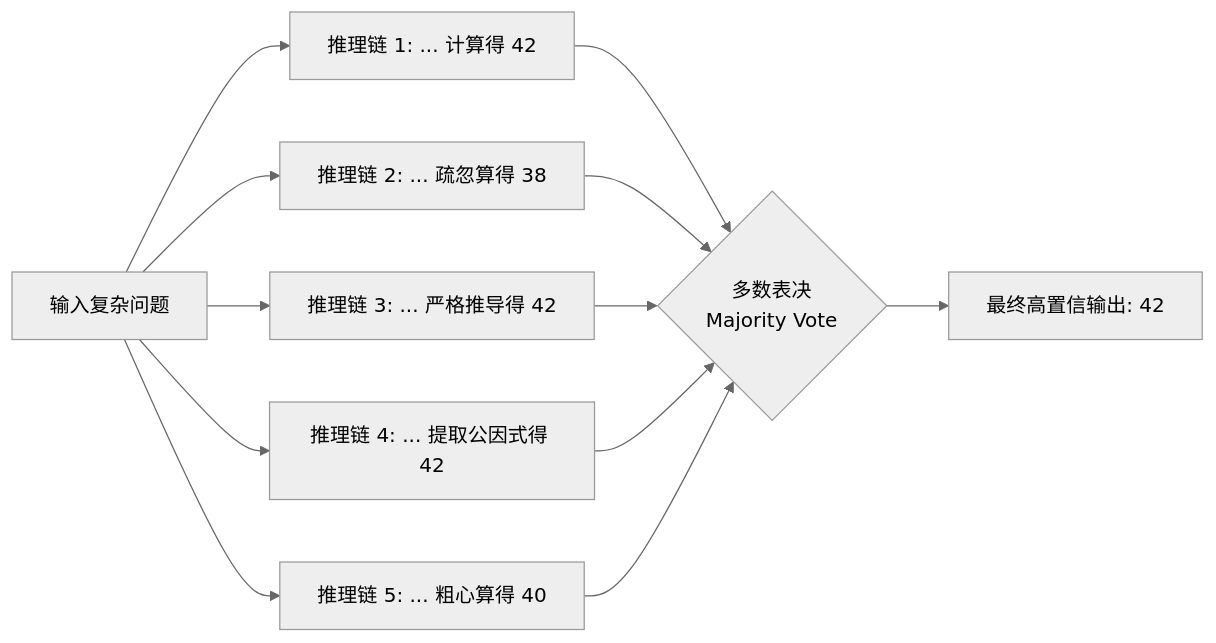
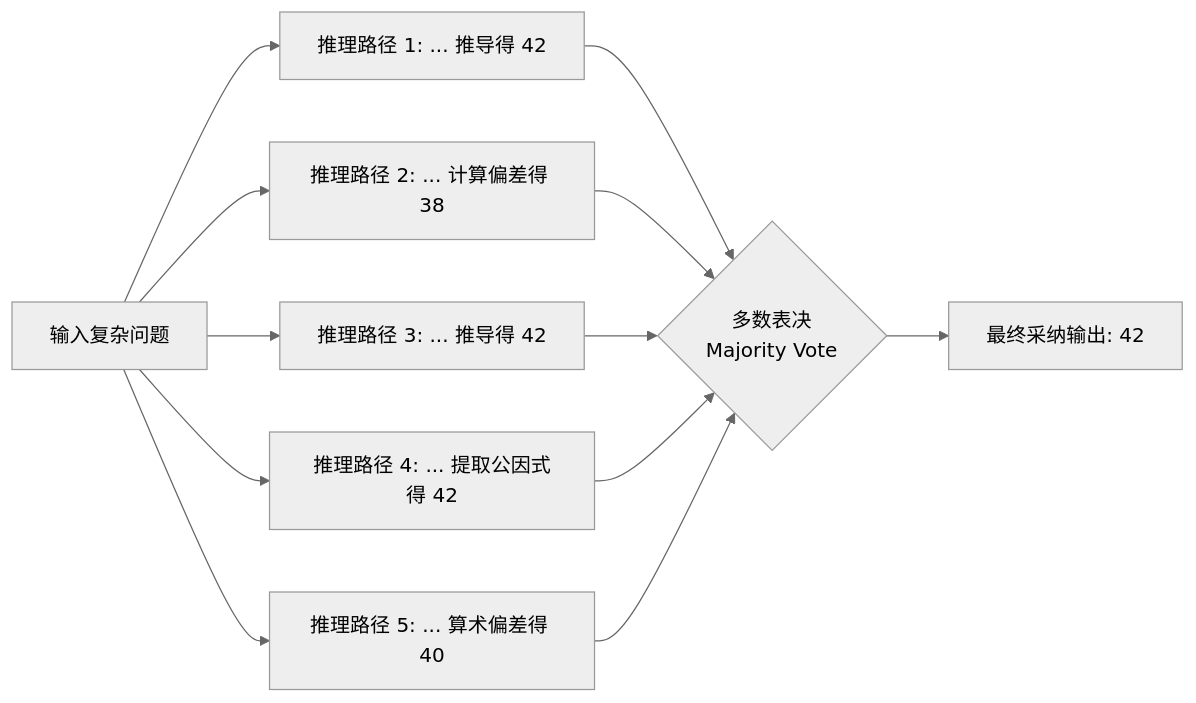
The third of 4 diagrams in 10-AI应用开发/01-LLM基础与Prompt/10-CoT思维链.md (GuoWWWX/knowledge-base), drawn with Mermaid (neutral theme) before and after one commit. The commit also changed other lines of this file and 251 other files, not shown here.

````diff
--- a/10-AI应用开发/01-LLM基础与Prompt/10-CoT思维链.md
+++ b/10-AI应用开发/01-LLM基础与Prompt/10-CoT思维链.md
@@ -129,15 +112,15 @@
 ```mermaid
 flowchart LR
-    Q[输入复杂问题] --> P1[推理链 1: ... 计算得 42]
-    Q --> P2[推理链 2: ... 疏忽算得 38]
-    Q --> P3[推理链 3: ... 严格推导得 42]
-    Q --> P4[推理链 4: ... 提取公因式得 42]
-    Q --> P5[推理链 5: ... 粗心算得 40]
+    Q[输入复杂问题] --> P1[推理路径 1: ... 推导得 42]
+    Q --> P2[推理路径 2: ... 计算偏差得 38]
+    Q --> P3[推理路径 3: ... 推导得 42]
+    Q --> P4[推理路径 4: ... 提取公因式得 42]
+    Q --> P5[推理路径 5: ... 算术偏差得 40]
     
     P1 --> Vote{多数表决<br/>Majority Vote}
     P2 --> Vote
     P3 --> Vote
     P4 --> Vote
     P5 --> Vote
-    Vote --> Final[最终高置信输出: 42]
+    Vote --> Final[最终采纳输出: 42]
 ```
````
